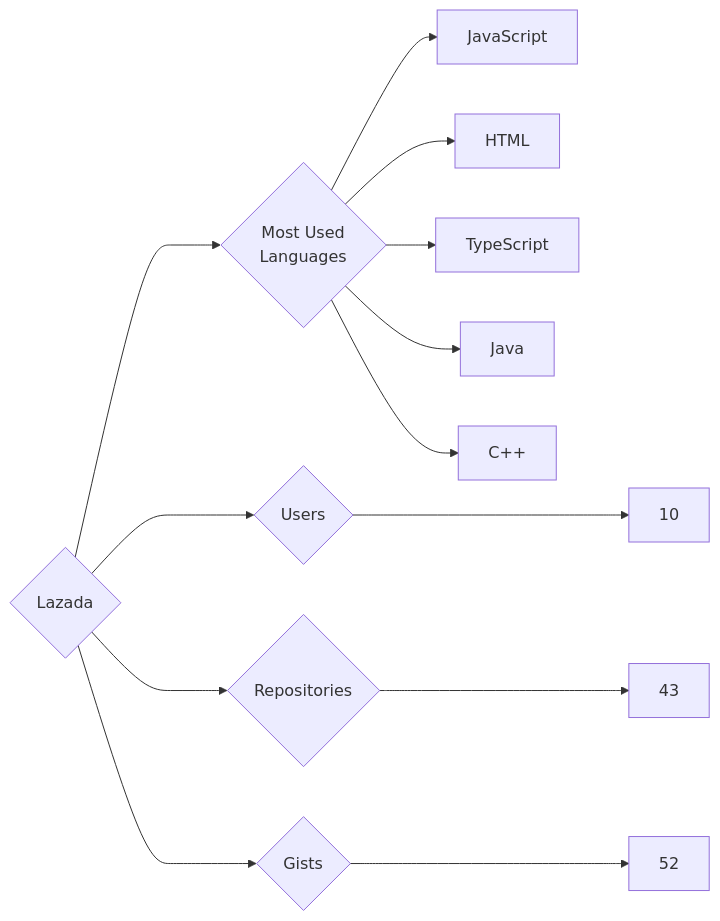
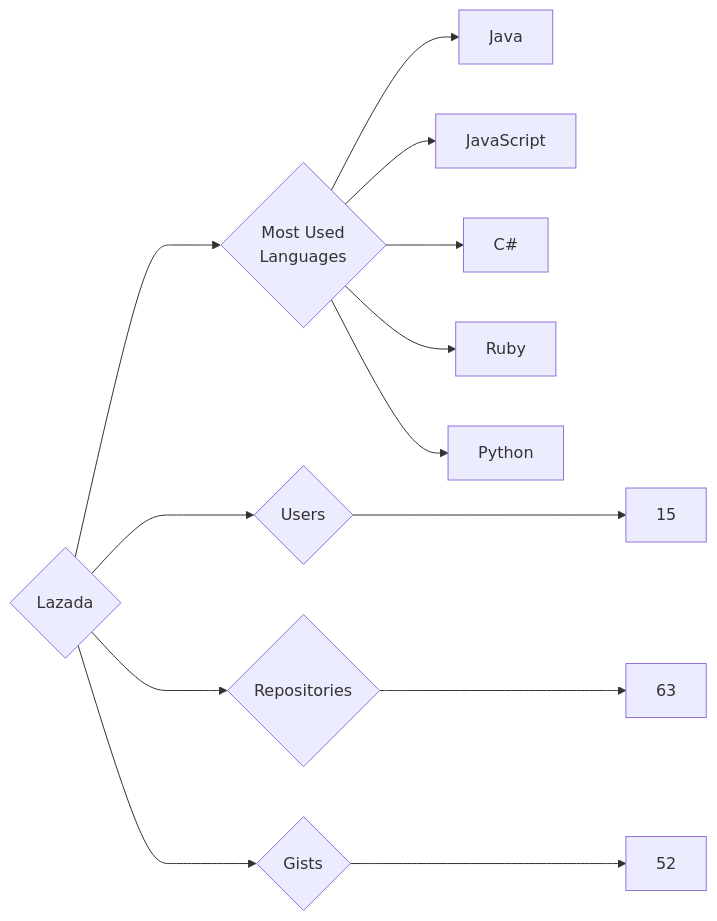
The diagram in targets/Lazada/README.md (trickest/insiders), drawn with Mermaid before and after one commit. The commit also changed 882 other files, not shown here.

````diff
--- a/targets/Lazada/README.md
+++ b/targets/Lazada/README.md
@@ -3,13 +3,13 @@
 ```mermaid
 graph LR
 COMPANY_NAME{Lazada}
-COMPANY_NAME ---> U{Users} ---> UN[10]
-COMPANY_NAME ---> R{Repositories} ---> RN[43]
+COMPANY_NAME ---> U{Users} ---> UN[15]
+COMPANY_NAME ---> R{Repositories} ---> RN[63]
 COMPANY_NAME ---> G{Gists} ---> GN[52]
 COMPANY_NAME ---> ML{Most Used<br>Languages}
+ML --> Java[Java]
 ML --> JavaScript[JavaScript]
-ML --> HTML[HTML]
-ML --> TypeScript[TypeScript]
-ML --> Java[Java]
-ML --> C++[C++]
+ML --> C#[C#]
+ML --> Ruby[Ruby]
+ML --> Python[Python]
 ```
````
